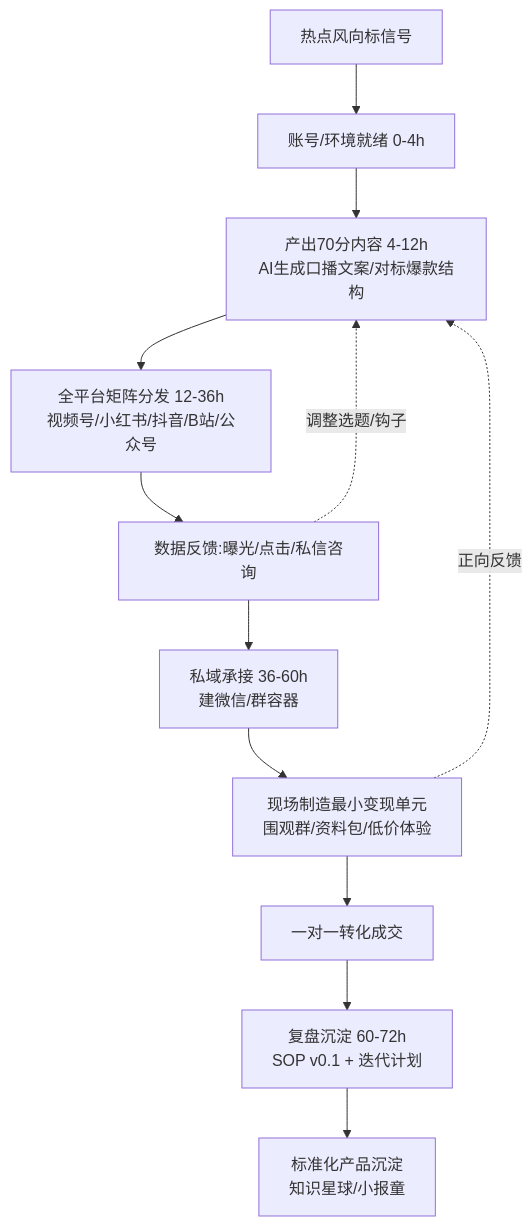
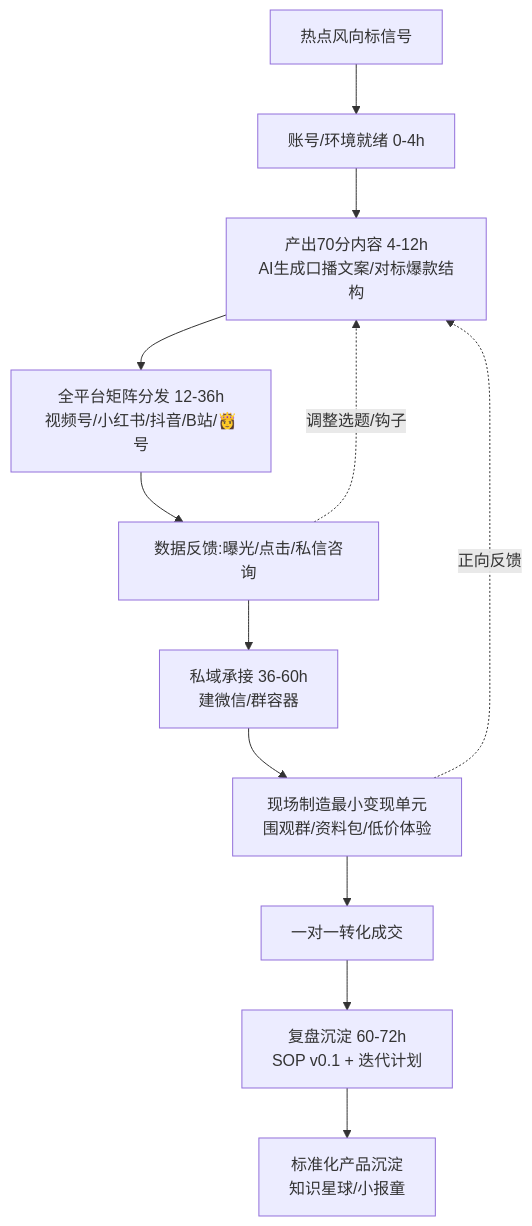
The third of 7 diagrams in docs/202303_paper2textbook/asset/body_fix_a4d38d6b12c4207e9a126a09afd986d5_199df5105facb43ee98241a947a00ccb_562f83937569170053c241bcc0e0f53b_6b680b1d760ab82ebd87f0c00ad421e7.md (OpenDocCN1/flygon-zhuanqian-zhoubao), drawn with Mermaid before and after one commit. The commit also changed other lines of this file and 6688 other files, not shown here.

````diff
--- a/docs/202303_paper2textbook/asset/body_fix_a4d38d6b12c4207e9a126a09afd986d5_199df5105facb43ee98241a947a00ccb_562f83937569170053c241bcc0e0f53b_6b680b1d760ab82ebd87f0c00ad421e7.md
+++ b/docs/202303_paper2textbook/asset/body_fix_a4d38d6b12c4207e9a126a09afd986d5_199df5105facb43ee98241a947a00ccb_562f83937569170053c241bcc0e0f53b_6b680b1d760ab82ebd87f0c00ad421e7.md
@@ -212,14 +212,14 @@
 ```mermaid
 flowchart TD
     A[热点风向标信号] --> B[账号/环境就绪 0-4h]
     B --> C[产出70分内容 4-12h\nAI生成口播文案/对标爆款结构]
-    C --> D[全平台矩阵分发 12-36h\n视频号/小红书/抖音/B站/公众号]
+    C --> D[全平台矩阵分发 12-36h\n视频号/小红书/抖音/B站/👸号]
     D --> E[数据反馈:曝光/点击/私信咨询]
     E --> F[私域承接 36-60h\n建微信/群容器]
     F --> G[现场制造最小变现单元\n围观群/资料包/低价体验]
     G --> H[一对一转化成交]
     H --> I[复盘沉淀 60-72h\nSOP v0.1 + 迭代计划]
     I --> J[标准化产品沉淀\n知识星球/小报童]
     G -.->|正向反馈| C
     E -.->|调整选题/钩子| C
 ```
````
